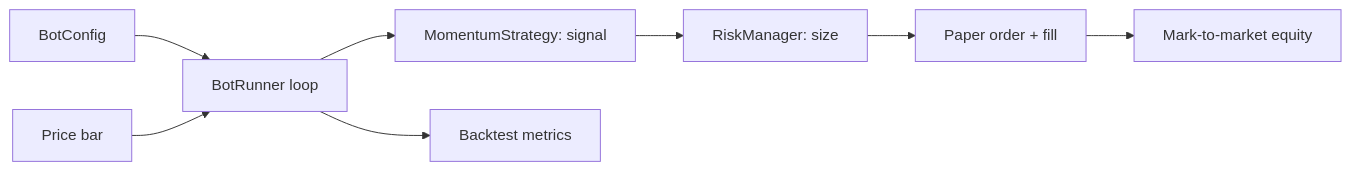
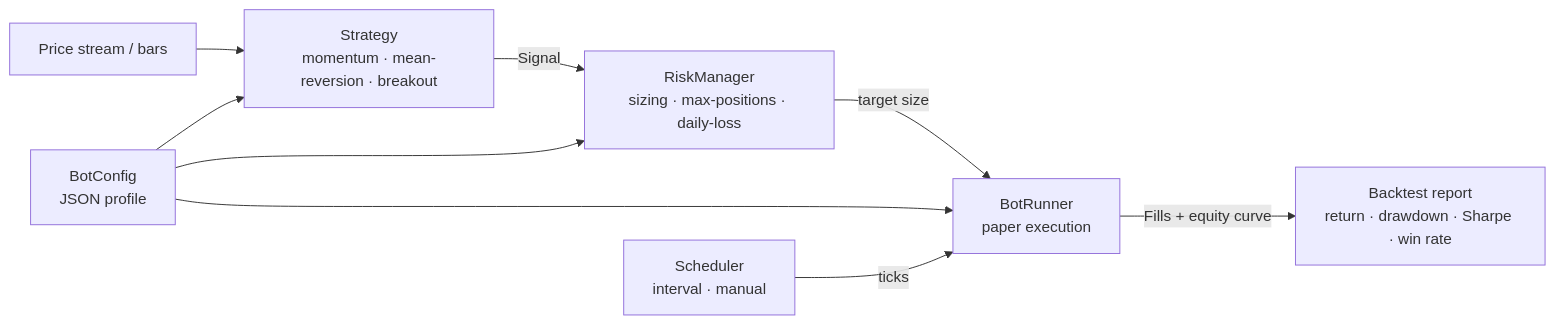
The diagram in README.md (Viprasol-Tech/automated-trading-bot), drawn with Mermaid before and after one commit. The commit also changed other lines of this file and 16 other files, not shown here.

````diff
--- a/README.md
+++ b/README.md
@@ -68,10 +118,11 @@
 ```mermaid
 flowchart LR
-    CFG[BotConfig] --> RUN[BotRunner loop]
-    FEED[Price bar] --> RUN
-    RUN --> STRAT[MomentumStrategy: signal]
-    STRAT --> RISK[RiskManager: size]
-    RISK --> ORD[Paper order + fill]
-    ORD --> EQ[Mark-to-market equity]
-    RUN --> BT[Backtest metrics]
+    P[Price stream / bars] --> S[Strategy<br/>momentum · mean-reversion · breakout]
+    S -->|Signal| RM[RiskManager<br/>sizing · max-positions · daily-loss]
+    RM -->|target size| R[BotRunner<br/>paper execution]
+    R -->|Fills + equity curve| BT[Backtest report<br/>return · drawdown · Sharpe · win rate]
+    CFG[BotConfig<br/>JSON profile] --> S
+    CFG --> RM
+    CFG --> R
+    SCH[Scheduler<br/>interval · manual] -->|ticks| R
 ```
````
